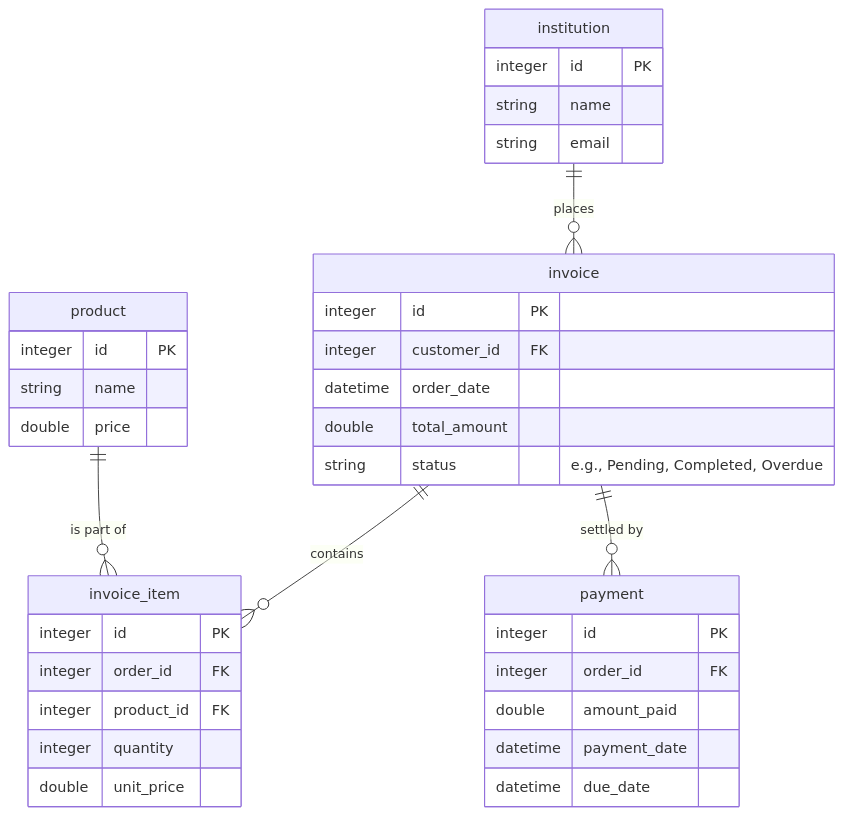
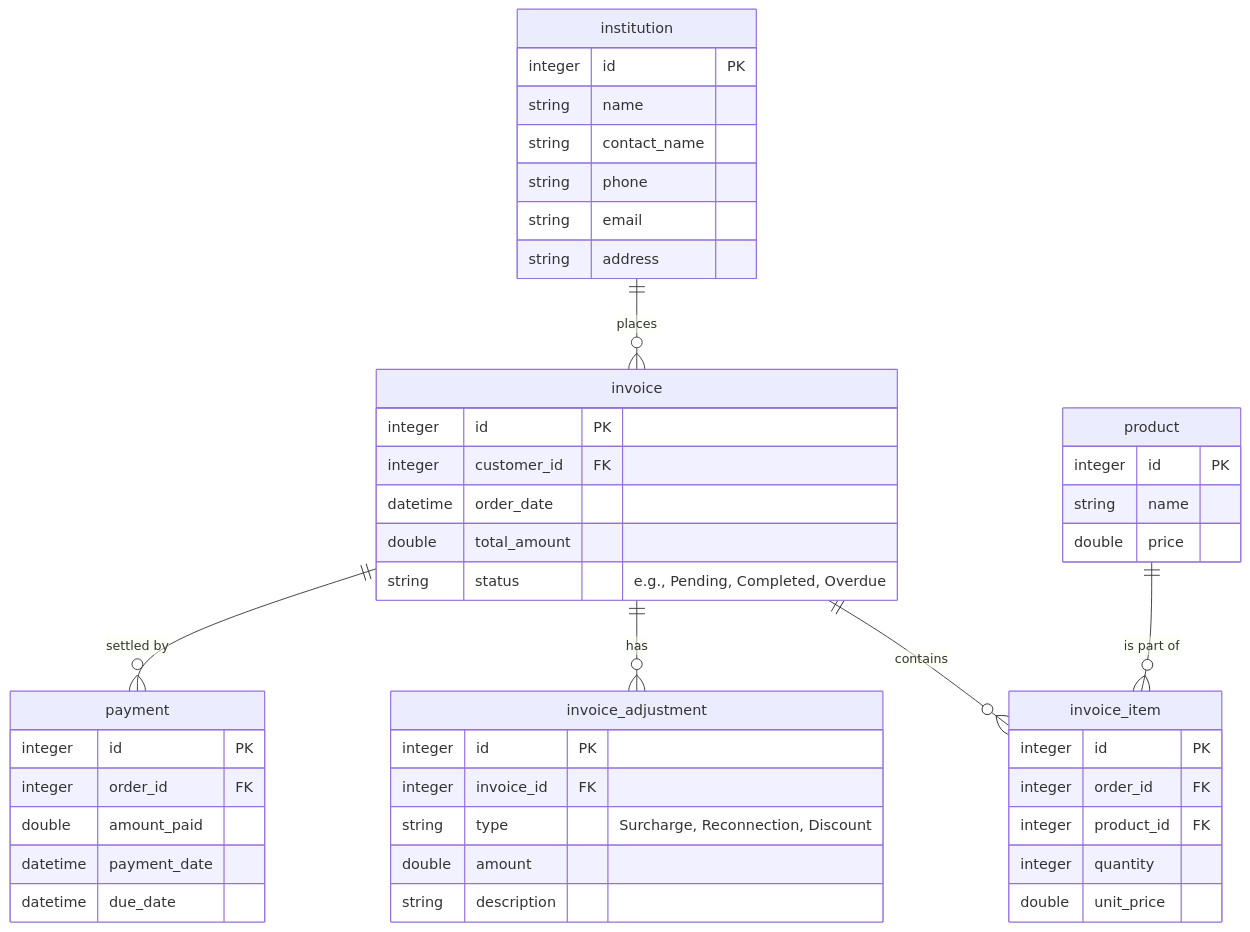
The diagram in README.md (kihiukiragu/azani), drawn with Mermaid before and after one commit.

Commit message:
Enhance ER diagram with invoice_adjustment entity
Added invoice_adjustment entity and updated relationships.

````diff
--- a/README.md
+++ b/README.md
@@ -5,43 +5,55 @@
 ```mermaid
 erDiagram
     institution ||--o{ invoice : places
     invoice ||--o{ invoice_item : contains
+    invoice ||--o{ invoice_adjustment : "has"
+    invoice ||--o{ payment : "settled by"
     product ||--o{ invoice_item : "is part of"
-    invoice ||--o{ payment : "settled by"
+
+    invoice_adjustment {
+        integer id PK
+        integer invoice_id FK
+        string type "Surcharge, Reconnection, Discount"
+        double amount
+        string description
+    }
 
     institution {
         integer id PK
         string name
+        string contact_name
+        string phone
         string email
+        string address
     }
 
     product {
         integer id PK
         string name
         double price
     }
 
     invoice {
         integer id PK
         integer customer_id FK
         datetime order_date
         double total_amount
         string status "e.g., Pending, Completed, Overdue"
     }
 
     invoice_item {
         integer id PK
         integer order_id FK
         integer product_id FK
         integer quantity
         double unit_price
     }
 
     payment {
         integer id PK
         integer order_id FK
         double amount_paid
         datetime payment_date
         datetime due_date
     }
 ```
````
